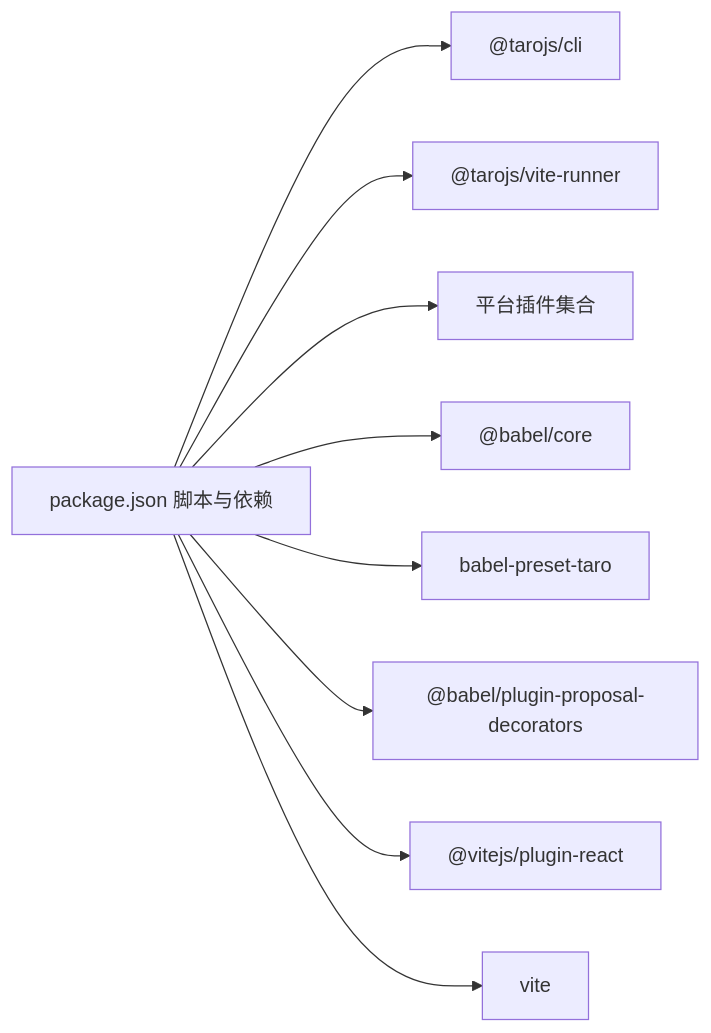
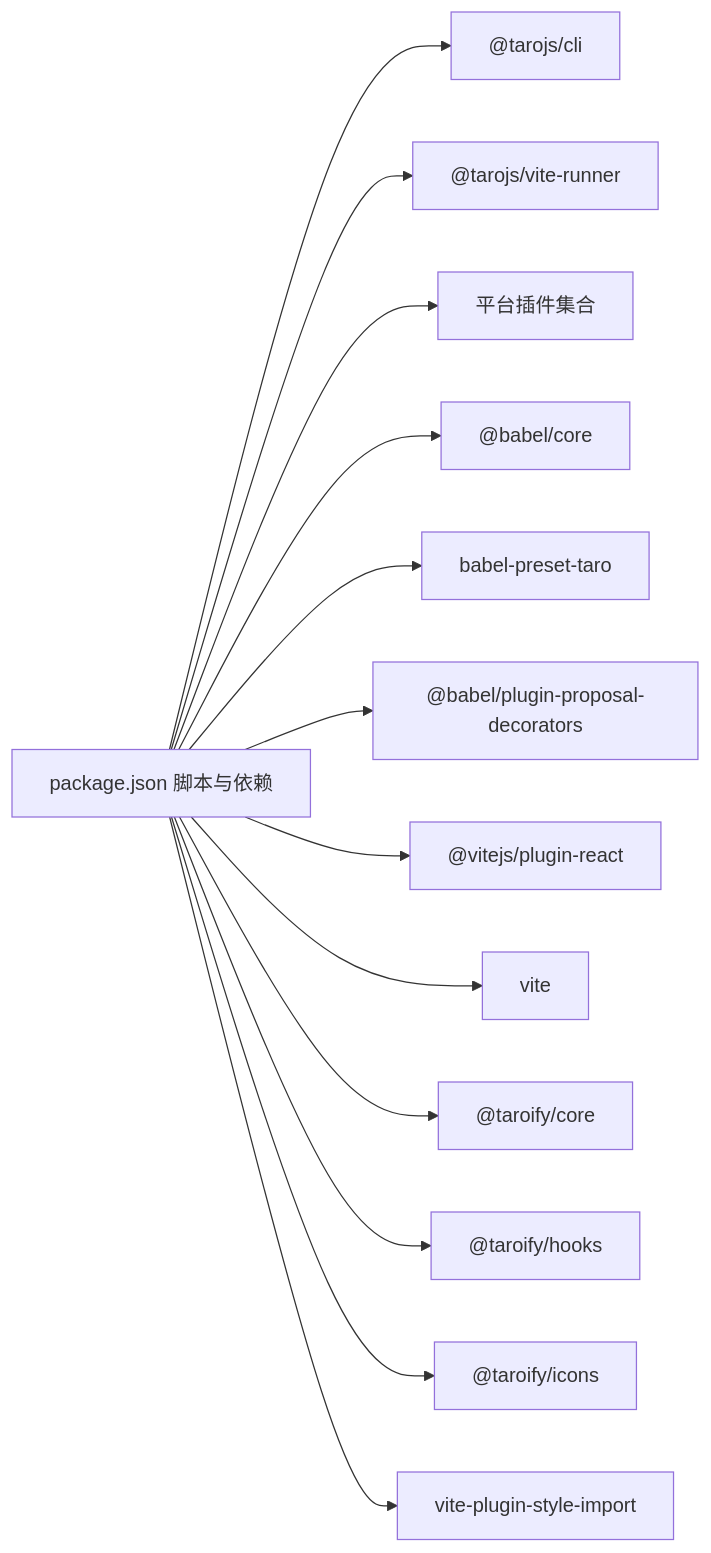
One commit to zuolinbao/redbook changed diagram 14 of 14 in .qoder/repowiki/zh/content/架构设计/构建配置系统.md. Above: the diagram before and after it, drawn with Mermaid. The commit also changed other lines of this file and 20 other files, not shown here.

````diff
--- a/.qoder/repowiki/zh/content/架构设计/构建配置系统.md
+++ b/.qoder/repowiki/zh/content/架构设计/构建配置系统.md
@@ -369,11 +482,15 @@
 ```mermaid
 graph LR
 Pkg["package.json 脚本与依赖"] --> CLI["@tarojs/cli"]
 Pkg --> ViteRunner["@tarojs/vite-runner"]
 Pkg --> Plugins["平台插件集合"]
 Pkg --> BabelCore["@babel/core"]
 Pkg --> BabelPreset["babel-preset-taro"]
 Pkg --> Decorators["@babel/plugin-proposal-decorators"]
 Pkg --> Vite["@vitejs/plugin-react"]
 Pkg --> ViteCore["vite"]
+Pkg --> TaroifyCore["@taroify/core"]
+Pkg --> TaroifyHooks["@taroify/hooks"]
+Pkg --> TaroifyIcons["@taroify/icons"]
+Pkg --> StyleImport["vite-plugin-style-import"]
 ```
````
